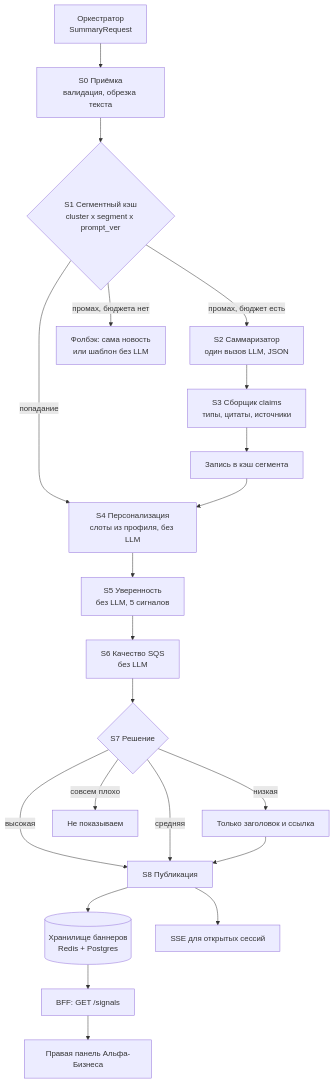
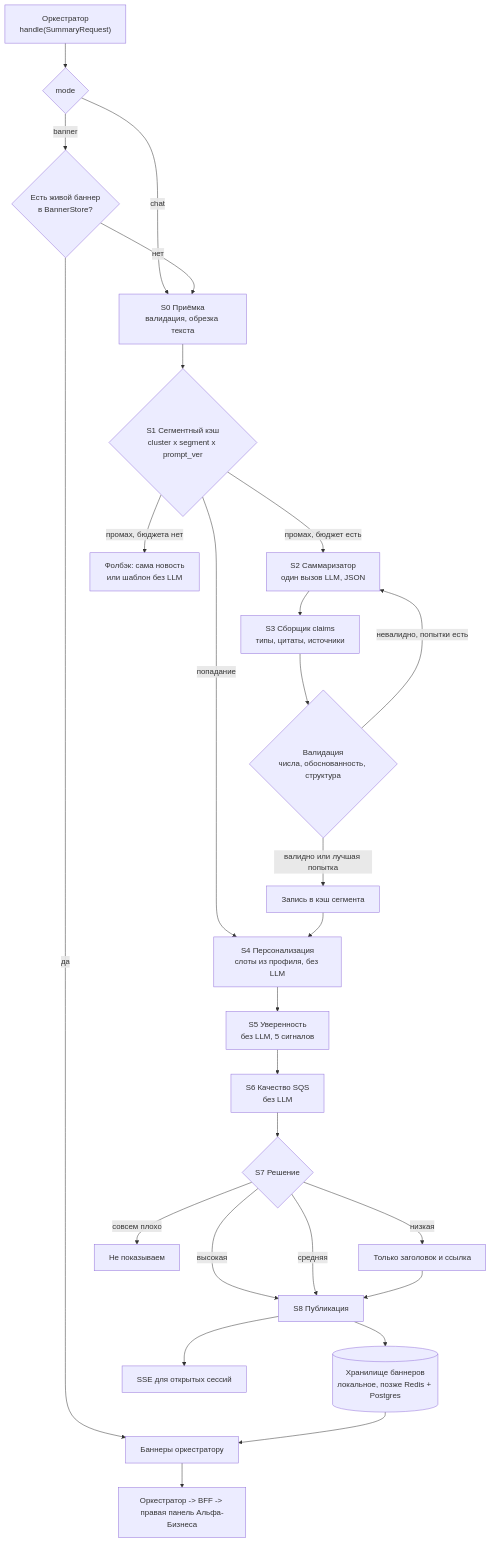
The diagram in src/summary_branch/summary-branch-dataflow.md (neF1anders/alpha-business), drawn with Mermaid before and after one commit. The commit also changed other lines of this file and 16 other files, not shown here.

````diff
--- a/src/summary_branch/summary-branch-dataflow.md
+++ b/src/summary_branch/summary-branch-dataflow.md
@@ -21,21 +21,28 @@
 ```mermaid
 flowchart TB
-    ORC["Оркестратор<br/>SummaryRequest"] --> S0["S0 Приёмка<br/>валидация, обрезка текста"]
+    ORC["Оркестратор<br/>handle(SummaryRequest)"] --> H{"mode"}
+    H -->|chat| S0
+    H -->|banner| ST0{"Есть живой баннер<br/>в BannerStore?"}
+    ST0 -->|да| OUT["Баннеры оркестратору"]
+    ST0 -->|нет| S0["S0 Приёмка<br/>валидация, обрезка текста"]
     S0 --> S1{"S1 Сегментный кэш<br/>cluster x segment x prompt_ver"}
     S1 -->|попадание| S4
     S1 -->|промах, бюджет есть| S2["S2 Саммаризатор<br/>один вызов LLM, JSON"]
     S1 -->|промах, бюджета нет| FB["Фолбэк: сама новость<br/>или шаблон без LLM"]
     S2 --> S3["S3 Сборщик claims<br/>типы, цитаты, источники"]
-    S3 --> S3b["Запись в кэш сегмента"]
+    S3 --> V{"Валидация<br/>числа, обоснованность, структура"}
+    V -->|невалидно, попытки есть| S2
+    V -->|валидно или лучшая попытка| S3b["Запись в кэш сегмента"]
     S3b --> S4["S4 Персонализация<br/>слоты из профиля, без LLM"]
     S4 --> S5["S5 Уверенность<br/>без LLM, 5 сигналов"]
     S5 --> S6["S6 Качество SQS<br/>без LLM"]
     S6 --> S7{"S7 Решение"}
     S7 -->|высокая| PUB
     S7 -->|средняя| PUB
     S7 -->|низкая| RAW["Только заголовок и ссылка"] --> PUB
     S7 -->|совсем плохо| DROP["Не показываем"]
-    PUB["S8 Публикация"] --> STORE[("Хранилище баннеров<br/>Redis + Postgres")]
+    PUB["S8 Публикация"] --> STORE[("Хранилище баннеров<br/>локальное, позже Redis + Postgres")]
     PUB --> SSE["SSE для открытых сессий"]
-    STORE --> BFF["BFF: GET /signals"] --> UI["Правая панель Альфа-Бизнеса"]
+    STORE --> OUT
+    OUT --> UI["Оркестратор -> BFF -> правая панель Альфа-Бизнеса"]
 ```
````
